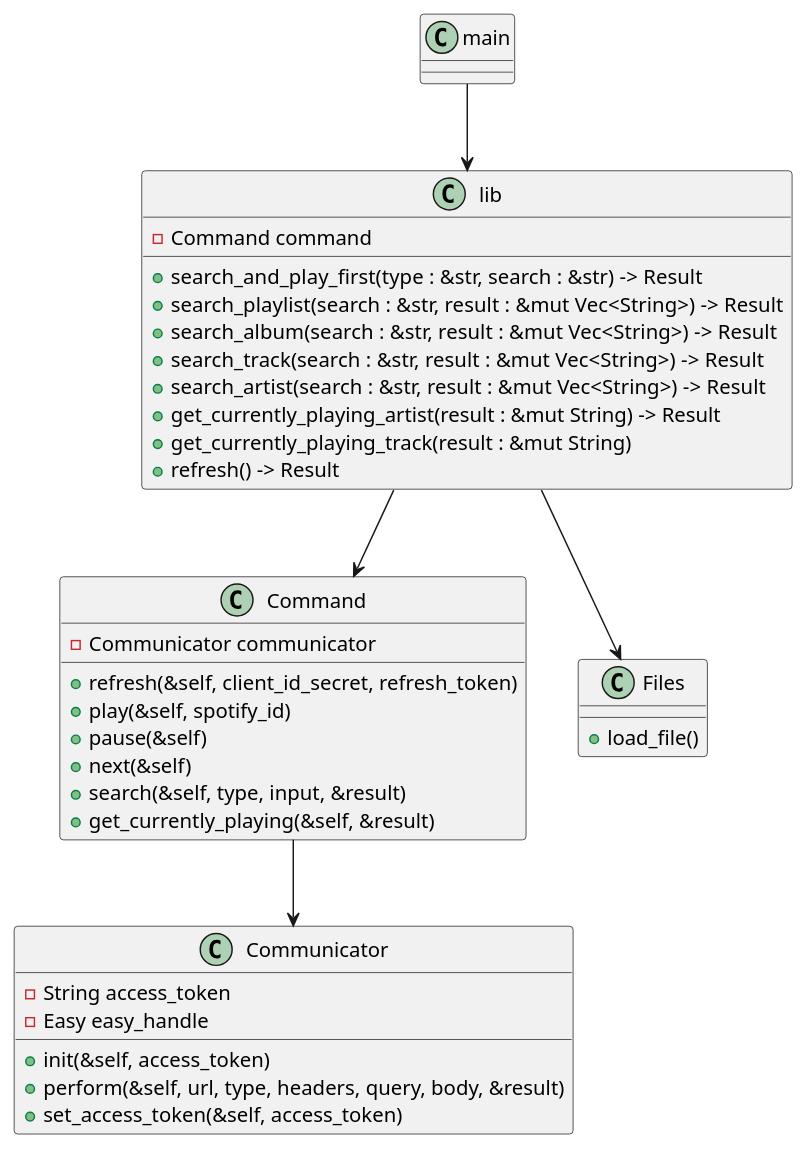
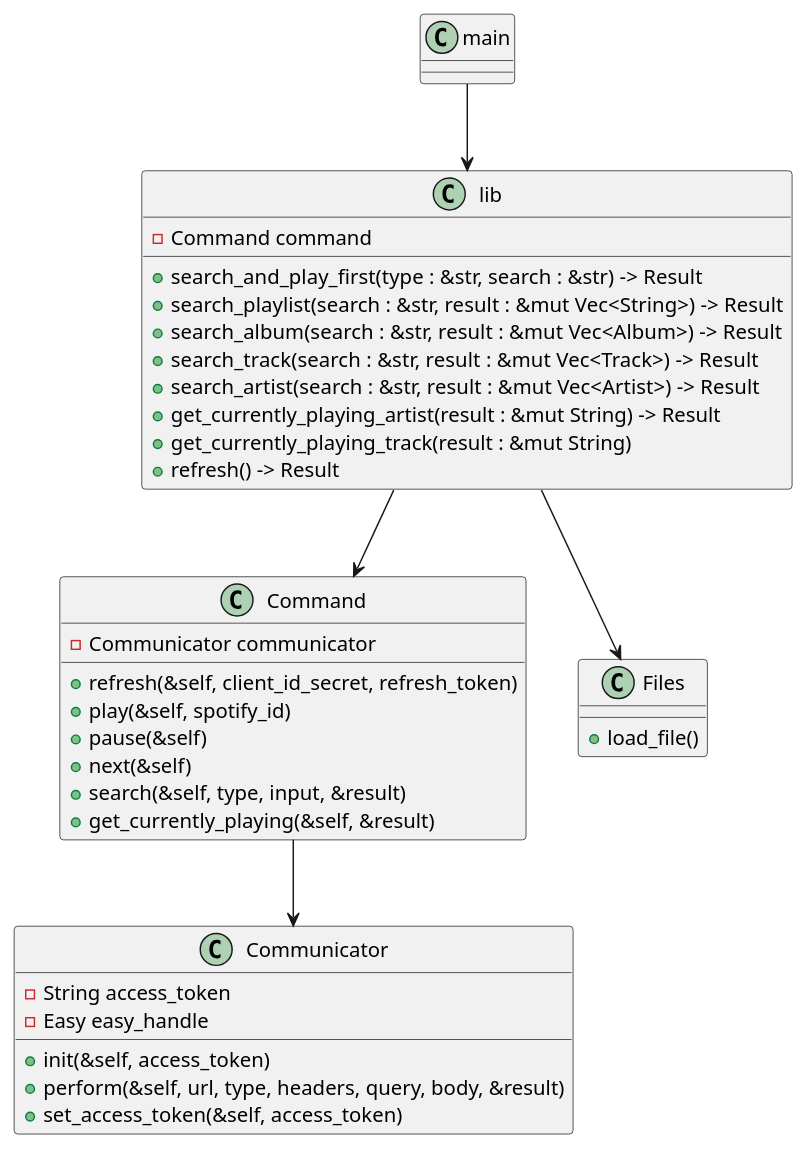
The diagram in doc/classes.pu (lethenju/spotify_rust), drawn with PlantUML before and after one commit.

Commit message:
Fix doc with correct return types

```diff
--- a/doc/classes.pu
+++ b/doc/classes.pu
@@ -1,40 +1,40 @@
 @startuml
 
 class Communicator {
     - String access_token
     - Easy easy_handle
     + init(&self, access_token)
     + perform(&self, url, type, headers, query, body, &result)
     + set_access_token(&self, access_token)
 }
 
 class Command {
     - Communicator communicator
     + refresh(&self, client_id_secret, refresh_token)
     + play(&self, spotify_id)
     + pause(&self)
     + next(&self)
     + search(&self, type, input, &result)
     + get_currently_playing(&self, &result)
 }
 
 class lib {
     - Command command
     + search_and_play_first(type : &str, search : &str) -> Result
     + search_playlist(search : &str, result : &mut Vec<String>) -> Result
-    + search_album(search : &str, result : &mut Vec<String>) -> Result
-    + search_track(search : &str, result : &mut Vec<String>) -> Result
-    + search_artist(search : &str, result : &mut Vec<String>) -> Result
+    + search_album(search : &str, result : &mut Vec<Album>) -> Result
+    + search_track(search : &str, result : &mut Vec<Track>) -> Result
+    + search_artist(search : &str, result : &mut Vec<Artist>) -> Result
     + get_currently_playing_artist(result : &mut String) -> Result
     + get_currently_playing_track(result : &mut String)
     + refresh() -> Result
 }
 
 class Files {
     + load_file()
 }
 main --> lib
 lib --> Files
 lib --> Command
 Command --> Communicator
 @enduml
```
